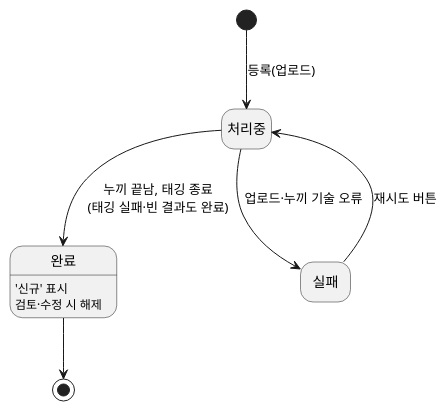
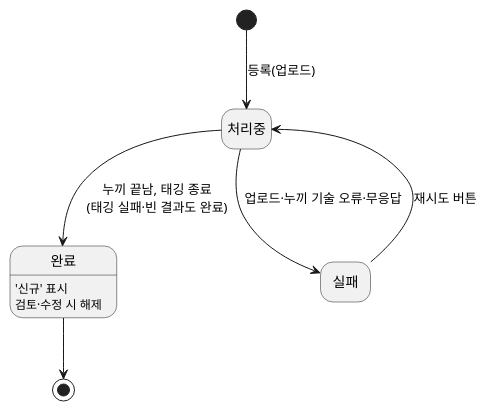
The second of 3 diagrams in src/content/docs/use-cases/5/5-1/index.md (wzrabbit/closet-fairy-diagrams), drawn with PlantUML before and after one commit. The commit also changed other lines of this file, not shown here.

Commit message:
docs: 의류 등록 처리 규칙 구체화 (대기 시간 초과·저장 경합·업로드 검증·재시도·폴링·HEIC 변환)

````diff
--- a/src/content/docs/use-cases/5/5-1/index.md
+++ b/src/content/docs/use-cases/5/5-1/index.md
@@ -117,11 +118,11 @@
 ```plantuml
 @startuml
 hide empty description
 [*] --> 처리중 : 등록(업로드)
 처리중 --> 완료 : 누끼 끝남, 태깅 종료\n(태깅 실패·빈 결과도 완료)
-처리중 --> 실패 : 업로드·누끼 기술 오류
+처리중 --> 실패 : 업로드·누끼 기술 오류·무응답
 실패 --> 처리중 : 재시도 버튼
 완료 : '신규' 표시\n검토·수정 시 해제
 완료 --> [*]
 @enduml
 ```
````
